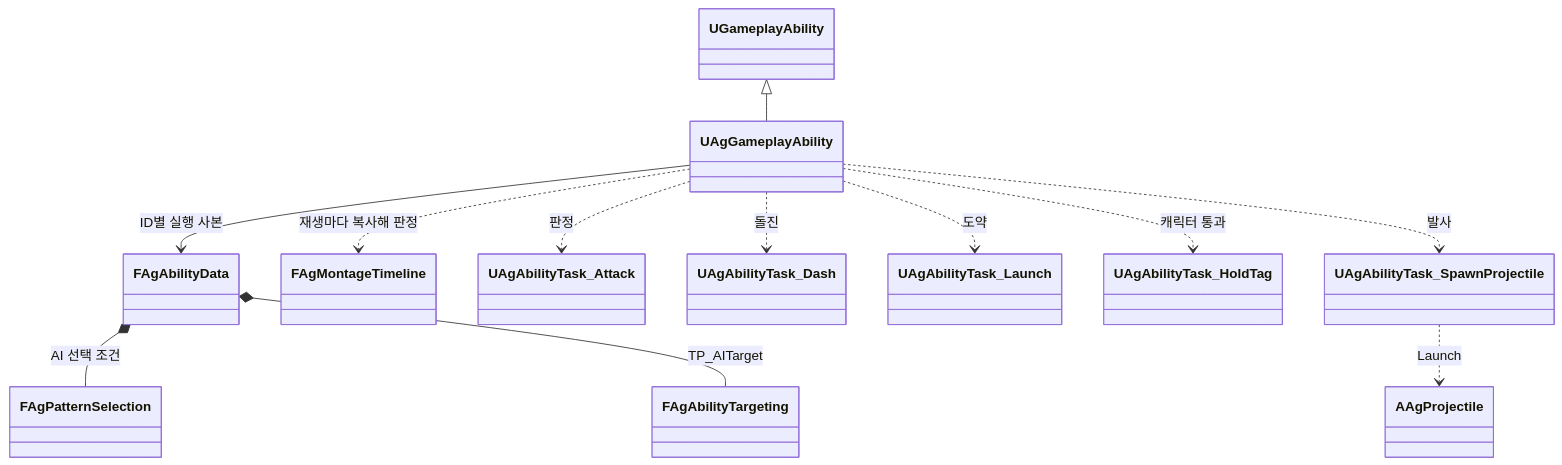
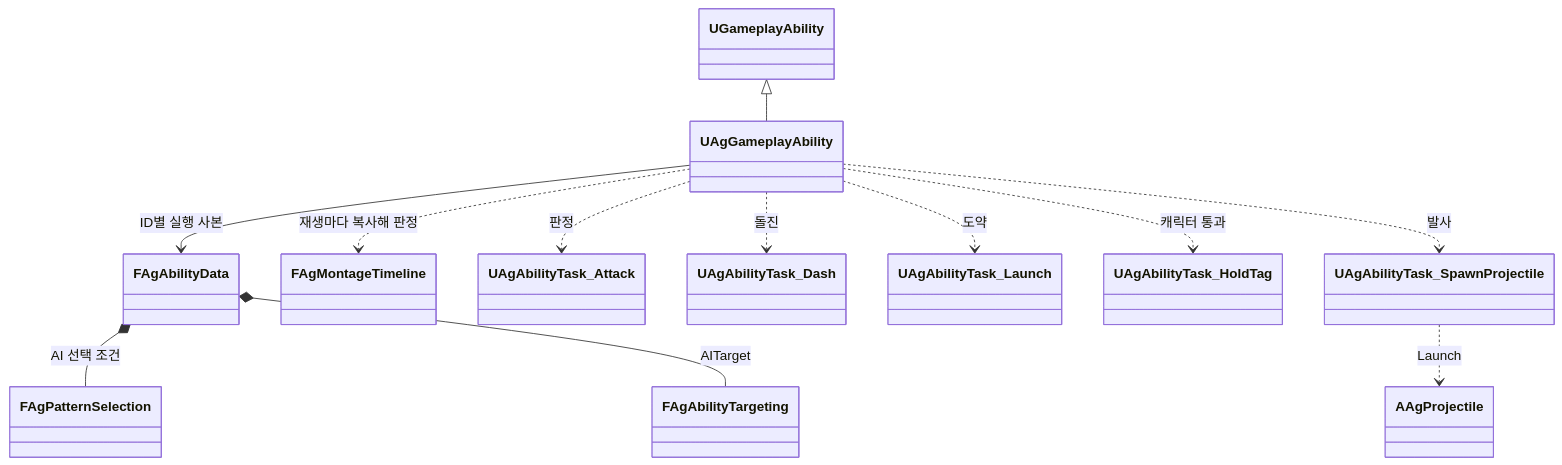
The second of 3 diagrams in Docs/Program/보스.md (Woogl/Ag), drawn with Mermaid before and after one commit. The commit also changed other lines of this file and 51 other files, not shown here.

````diff
--- a/Docs/Program/보스.md
+++ b/Docs/Program/보스.md
@@ -84,14 +84,14 @@
 ```mermaid
 classDiagram
     UGameplayAbility <|-- UAgGameplayAbility
     UAgGameplayAbility --> FAgAbilityData : ID별 실행 사본
     FAgAbilityData *-- FAgPatternSelection : AI 선택 조건
-    FAgAbilityData *-- FAgAbilityTargeting : TP_AITarget
+    FAgAbilityData *-- FAgAbilityTargeting : AITarget
     UAgGameplayAbility ..> FAgMontageTimeline : 재생마다 복사해 판정
     UAgGameplayAbility ..> UAgAbilityTask_Attack : 판정
     UAgGameplayAbility ..> UAgAbilityTask_Dash : 돌진
     UAgGameplayAbility ..> UAgAbilityTask_Launch : 도약
     UAgGameplayAbility ..> UAgAbilityTask_HoldTag : 캐릭터 통과
     UAgGameplayAbility ..> UAgAbilityTask_SpawnProjectile : 발사
     UAgAbilityTask_SpawnProjectile ..> AAgProjectile : Launch
 ```
````
